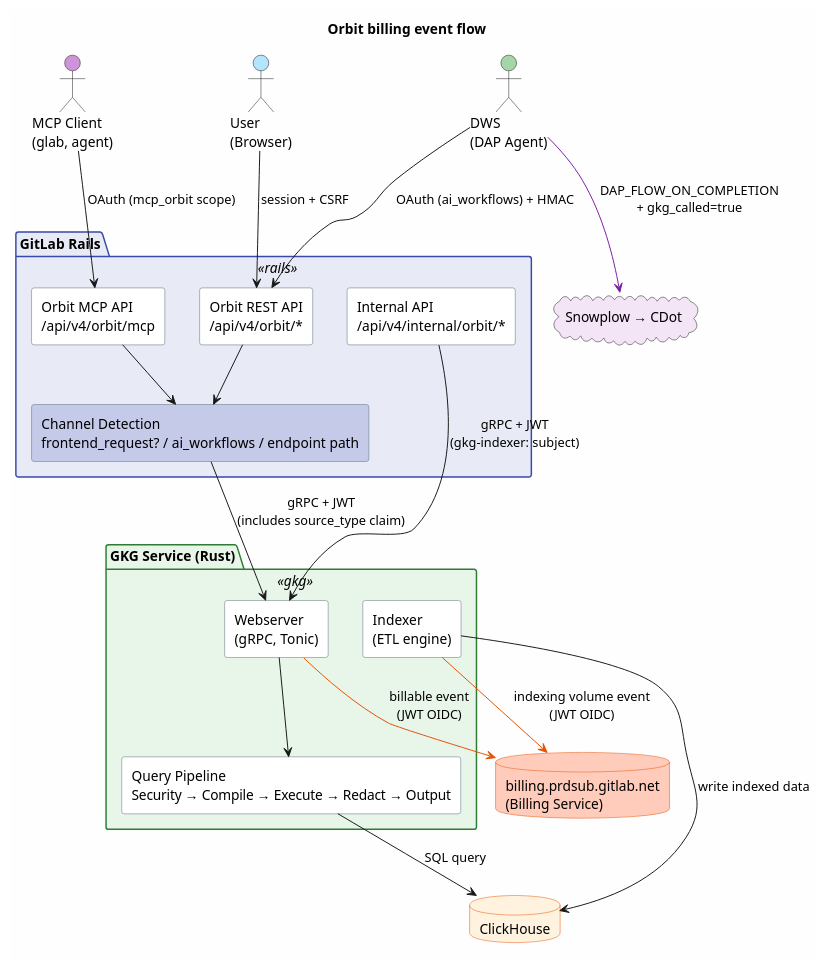
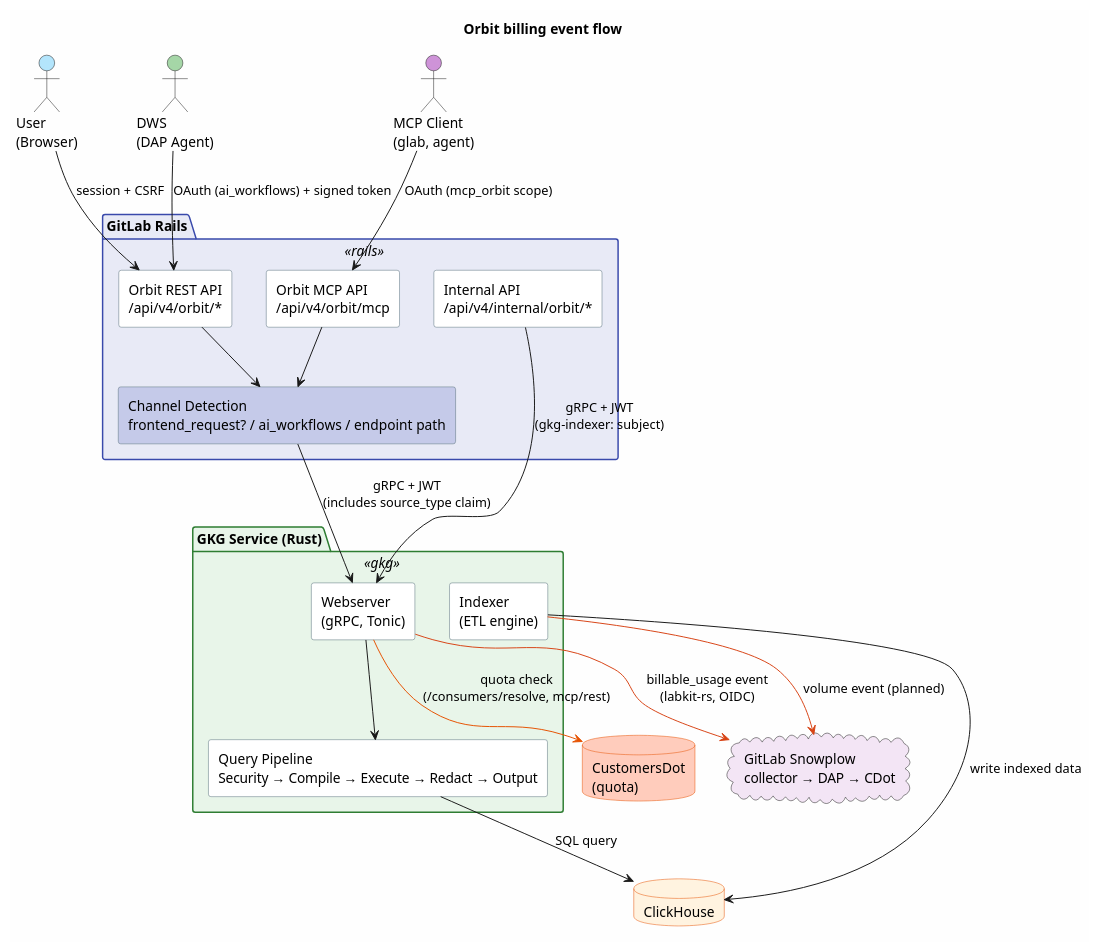
One commit to gitlabhq/orbit-knowledge-graph changed the first of 5 diagrams in docs/design-documents/decisions/007_monetization_engineering.md. Above: the diagram before and after it, drawn with PlantUML. The commit also changed other lines of this file, not shown here.

First line of the commit message:
docs(adr): align ADR 007 with as-built billing design

````diff
--- a/docs/design-documents/decisions/007_monetization_engineering.md
+++ b/docs/design-documents/decisions/007_monetization_engineering.md
@@ -60,62 +62,61 @@
 ```plantuml
 @startuml
 skinparam componentStyle rectangle
 skinparam backgroundColor #FEFEFE
 skinparam package {
   BackgroundColor<<rails>> #E8EAF6
   BorderColor<<rails>> #3949AB
   BackgroundColor<<gkg>> #E8F5E9
   BorderColor<<gkg>> #2E7D32
 }
 skinparam component {
   BackgroundColor #FFFFFF
   BorderColor #546E7A
 }
 skinparam database {
   BackgroundColor #FFF3E0
   BorderColor #E65100
 }
 
 title Orbit billing event flow
 
 actor "User\n(Browser)" as user #B3E5FC
 actor "MCP Client\n(glab, agent)" as mcp_client #CE93D8
 actor "DWS\n(DAP Agent)" as dws #A5D6A7
 
 package "GitLab Rails" <<rails>> {
   component "Orbit REST API\n/api/v4/orbit/*" as rest_api
   component "Orbit MCP API\n/api/v4/orbit/mcp" as mcp_api
   component "Internal API\n/api/v4/internal/orbit/*" as internal_api
   component "Channel Detection\nfrontend_request? / ai_workflows / endpoint path" as channel_detect #C5CAE9
 }
 
 package "GKG Service (Rust)" <<gkg>> {
   component "Webserver\n(gRPC, Tonic)" as gkg_web
   component "Indexer\n(ETL engine)" as gkg_indexer
   component "Query Pipeline\nSecurity → Compile → Execute → Redact → Output" as pipeline
 }
 
 database "ClickHouse" as ch
-database "billing.prdsub.gitlab.net\n(Billing Service)" as billing #FFCCBC
-cloud "Snowplow → CDot" as snowplow #F3E5F5
+cloud "GitLab Snowplow\ncollector → DAP → CDot" as snowplow #F3E5F5
+database "CustomersDot\n(quota)" as cdot #FFCCBC
 
 user --> rest_api : session + CSRF
 mcp_client --> mcp_api : OAuth (mcp_orbit scope)
-dws --> rest_api : OAuth (ai_workflows) + HMAC
+dws --> rest_api : OAuth (ai_workflows) + signed token
 
 rest_api --> channel_detect
 mcp_api --> channel_detect
 channel_detect --> gkg_web : gRPC + JWT\n(includes source_type claim)
 
 internal_api --> gkg_web : gRPC + JWT\n(gkg-indexer: subject)
 
 gkg_web --> pipeline
 pipeline --> ch : SQL query
-gkg_web -[#E65100]-> billing : billable event\n(JWT OIDC)
+gkg_web -[#E65100]-> cdot : quota check\n(/consumers/resolve, mcp/rest)
+gkg_web -[#D84315]-> snowplow : billable_usage event\n(labkit-rs, OIDC)
 
 gkg_indexer --> ch : write indexed data
-gkg_indexer -[#E65100]-> billing : indexing volume event\n(JWT OIDC)
-
-dws -[#7B1FA2]-> snowplow : DAP_FLOW_ON_COMPLETION\n+ gkg_called=true
+gkg_indexer -[#D84315]-> snowplow : volume event (planned)
 @enduml
 ```
````
